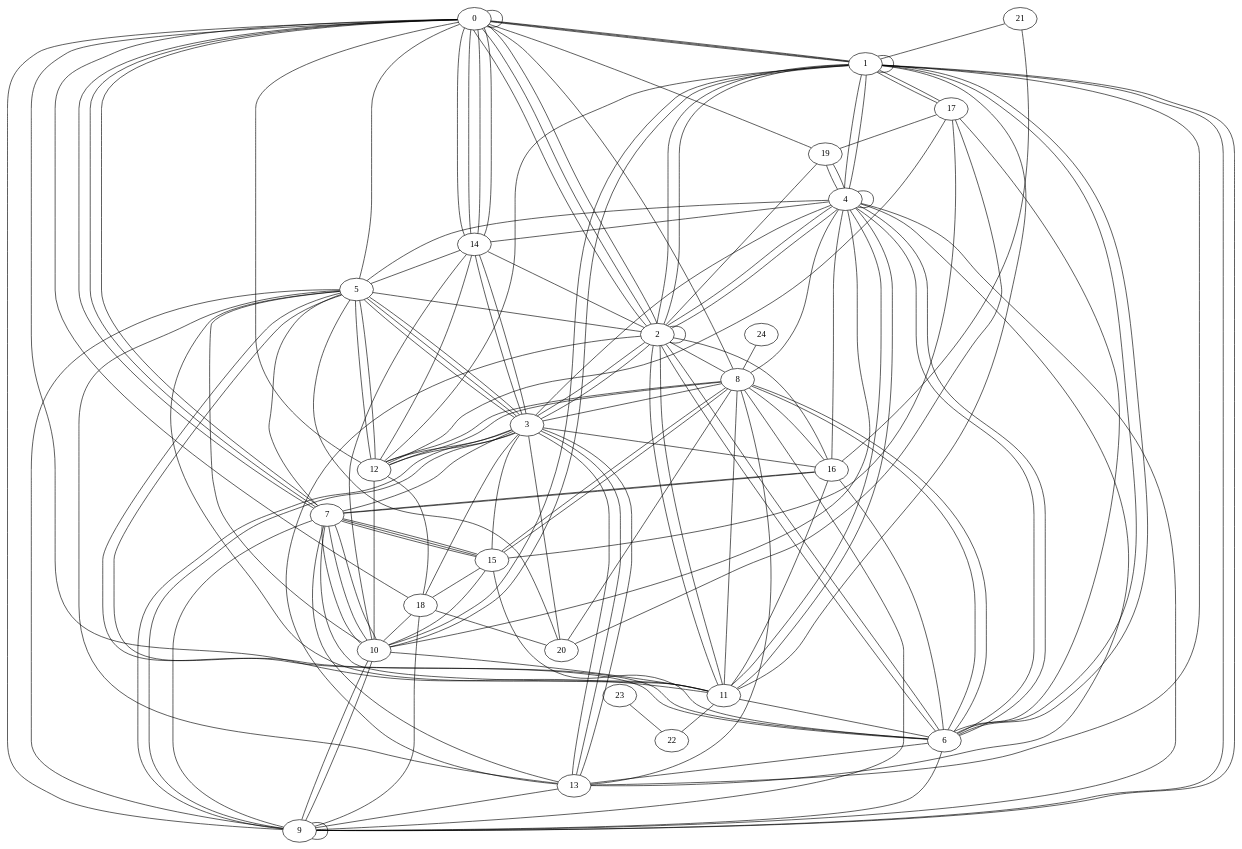
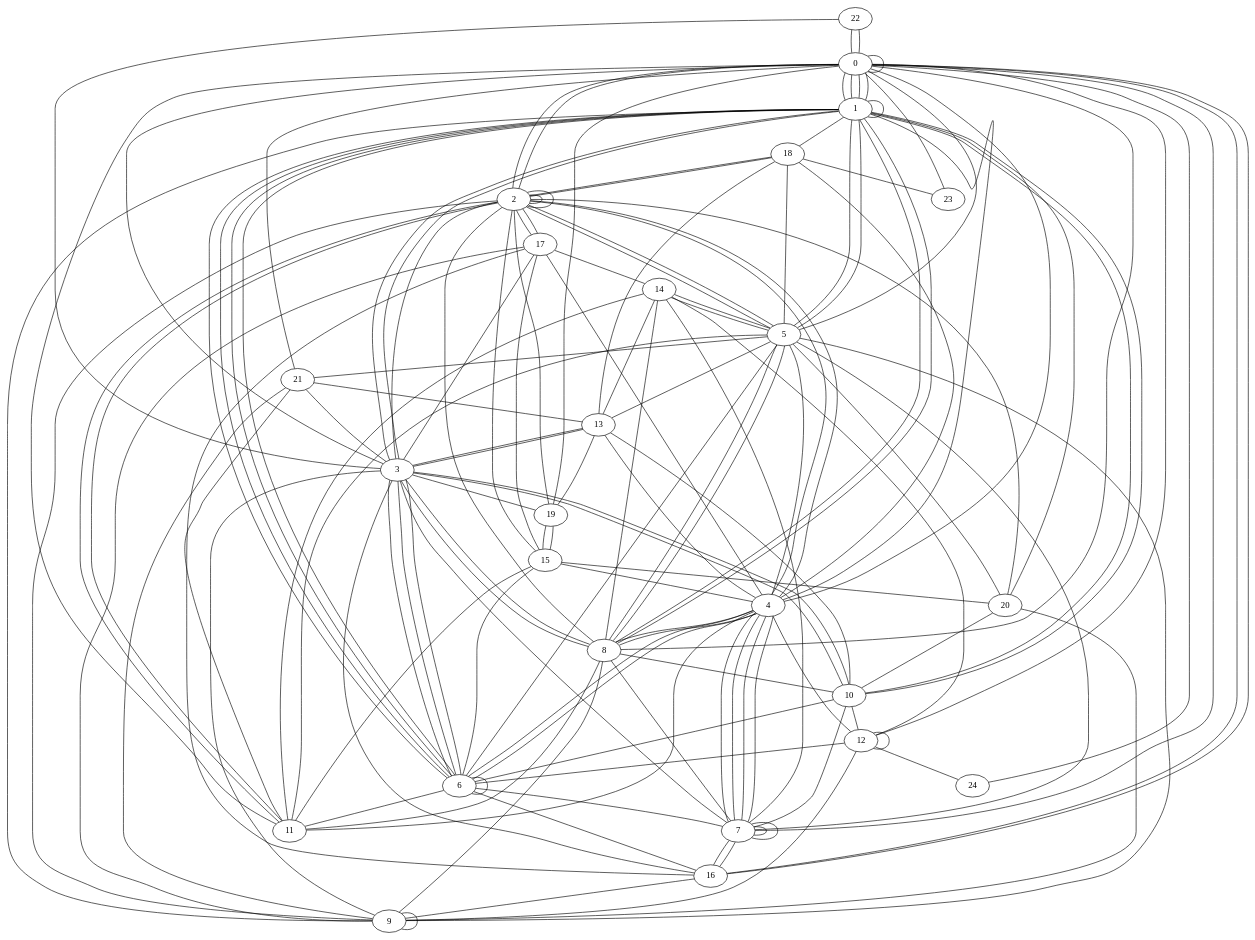
One commit to denizsurmeli/random-graph-generator changed the diagram in feeds/out/O-9-25-25-PM.dot. Above: the diagram before and after it, drawn with Graphviz. The commit also changed 332 other files, not shown here.

```diff
--- a/feeds/out/O-9-25-25-PM.dot
+++ b/feeds/out/O-9-25-25-PM.dot
@@ -1,175 +1,171 @@
 graph G {
 0;
 1;
 2;
 3;
 4;
 5;
 6;
 7;
 8;
 9;
 10;
 11;
 12;
 13;
 14;
 15;
 16;
 17;
 18;
 19;
 20;
 21;
 22;
 23;
 24;
-4--11 ;
-6--8 ;
+3--16 ;
+19--0 ;
+0--16 ;
+22--0 ;
+7--3 ;
+0--1 ;
+8--10 ;
+9--8 ;
+5--1 ;
+0--3 ;
+8--5 ;
+6--11 ;
+1--6 ;
+2--2 ;
+4--8 ;
+9--2 ;
+6--4 ;
+3--6 ;
+7--14 ;
+15--4 ;
+3--8 ;
+3--6 ;
+11--8 ;
+13--10 ;
+15--17 ;
+21--13 ;
+5--21 ;
+18--2 ;
+19--15 ;
+7--4 ;
+0--11 ;
+4--2 ;
+4--17 ;
+2--2 ;
+23--0 ;
+21--0 ;
+7--7 ;
+10--1 ;
+22--0 ;
+12--6 ;
+0--1 ;
+12--14 ;
+5--18 ;
+12--9 ;
+2--5 ;
+7--16 ;
+1--0 ;
+18--23 ;
+0--5 ;
+7--4 ;
+1--10 ;
+10--6 ;
+7--10 ;
+16--9 ;
+14--13 ;
+0--2 ;
+19--2 ;
+0--12 ;
+8--1 ;
+6--6 ;
+3--6 ;
+2--0 ;
+12--24 ;
+0--7 ;
+2--17 ;
+1--5 ;
+20--2 ;
+1--6 ;
+5--6 ;
+17--2 ;
+12--4 ;
+6--1 ;
+1--18 ;
+1--0 ;
+14--11 ;
+10--3 ;
+3--8 ;
 2--8 ;
-8--15 ;
-18--10 ;
-2--1 ;
-4--1 ;
-4--1 ;
-1--10 ;
-6--2 ;
-1--17 ;
-0--14 ;
-4--5 ;
-13--1 ;
+17--9 ;
+9--9 ;
+21--3 ;
+6--7 ;
+18--4 ;
+14--5 ;
+13--3 ;
+13--18 ;
+5--9 ;
+5--7 ;
+17--3 ;
+10--12 ;
+2--3 ;
+11--4 ;
+2--5 ;
+5--4 ;
+22--3 ;
+13--3 ;
+15--20 ;
+2--18 ;
+11--21 ;
+2--4 ;
+15--11 ;
+7--4 ;
+16--6 ;
+17--14 ;
+24--0 ;
+15--19 ;
+6--15 ;
+1--9 ;
+16--17 ;
+8--14 ;
+16--7 ;
+3--19 ;
+14--5 ;
+6--1 ;
+6--4 ;
+3--9 ;
+8--4 ;
+20--1 ;
+16--0 ;
+9--21 ;
 13--5 ;
-17--15 ;
-19--0 ;
-15--10 ;
-3--16 ;
-8--9 ;
-16--7 ;
-12--8 ;
-4--19 ;
-8--0 ;
-9--3 ;
-2--1 ;
-1--11 ;
-10--4 ;
-2--3 ;
-6--4 ;
-19--4 ;
+20--10 ;
+3--1 ;
+10--3 ;
+1--1 ;
+12--12 ;
+1--3 ;
 5--20 ;
-11--22 ;
-12--0 ;
-9--1 ;
-8--4 ;
-20--17 ;
+7--7 ;
+20--9 ;
+1--8 ;
+4--13 ;
+0--4 ;
+0--8 ;
+7--8 ;
+5--8 ;
+2--15 ;
+2--11 ;
+4--7 ;
+0--0 ;
+11--5 ;
+19--13 ;
 11--2 ;
-12--3 ;
-11--0 ;
-5--9 ;
-13--2 ;
-0--0 ;
-6--13 ;
-9--6 ;
-0--1 ;
-16--4 ;
-10--7 ;
-13--3 ;
-4--6 ;
-15--3 ;
-1--1 ;
-9--9 ;
-5--11 ;
-14--0 ;
-12--14 ;
-1--6 ;
-1--0 ;
-16--2 ;
-8--20 ;
-12--1 ;
-13--3 ;
-9--4 ;
-6--8 ;
-1--0 ;
-3--14 ;
-7--11 ;
-4--13 ;
-15--7 ;
-3--20 ;
-18--20 ;
-4--14 ;
-5--3 ;
-11--6 ;
-4--4 ;
-5--7 ;
-10--14 ;
-12--18 ;
-9--10 ;
-6--17 ;
-9--0 ;
-21--16 ;
-12--17 ;
-8--16 ;
-5--10 ;
-23--22 ;
-2--4 ;
-3--5 ;
-18--0 ;
-6--5 ;
-5--2 ;
-4--11 ;
-11--16 ;
-18--3 ;
-15--18 ;
-4--3 ;
-3--12 ;
-8--3 ;
-5--12 ;
-15--8 ;
-10--7 ;
-14--0 ;
-2--14 ;
-14--5 ;
-10--7 ;
-3--9 ;
-15--6 ;
-1--6 ;
-7--3 ;
-0--2 ;
-4--2 ;
-5--12 ;
-13--7 ;
-11--8 ;
-3--2 ;
-16--7 ;
-12--8 ;
-5--0 ;
-24--8 ;
-0--7 ;
-18--9 ;
-0--7 ;
-6--5 ;
-7--0 ;
-3--14 ;
-6--2 ;
-9--10 ;
-17--19 ;
-13--9 ;
-17--1 ;
-0--2 ;
-21--1 ;
-9--7 ;
-9--1 ;
-3--5 ;
-10--11 ;
-2--2 ;
-7--15 ;
-10--1 ;
-7--15 ;
-16--6 ;
-2--19 ;
-0--14 ;
-13--3 ;
-13--8 ;
-12--10 ;
-2--0 ;
-11--2 ;
+1--4 ;
 }
```
